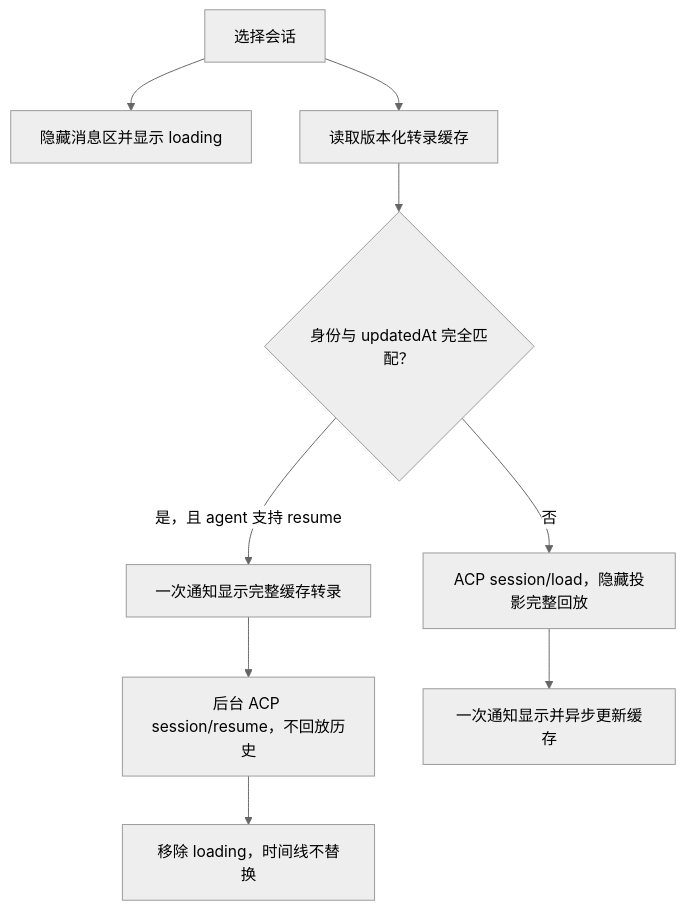
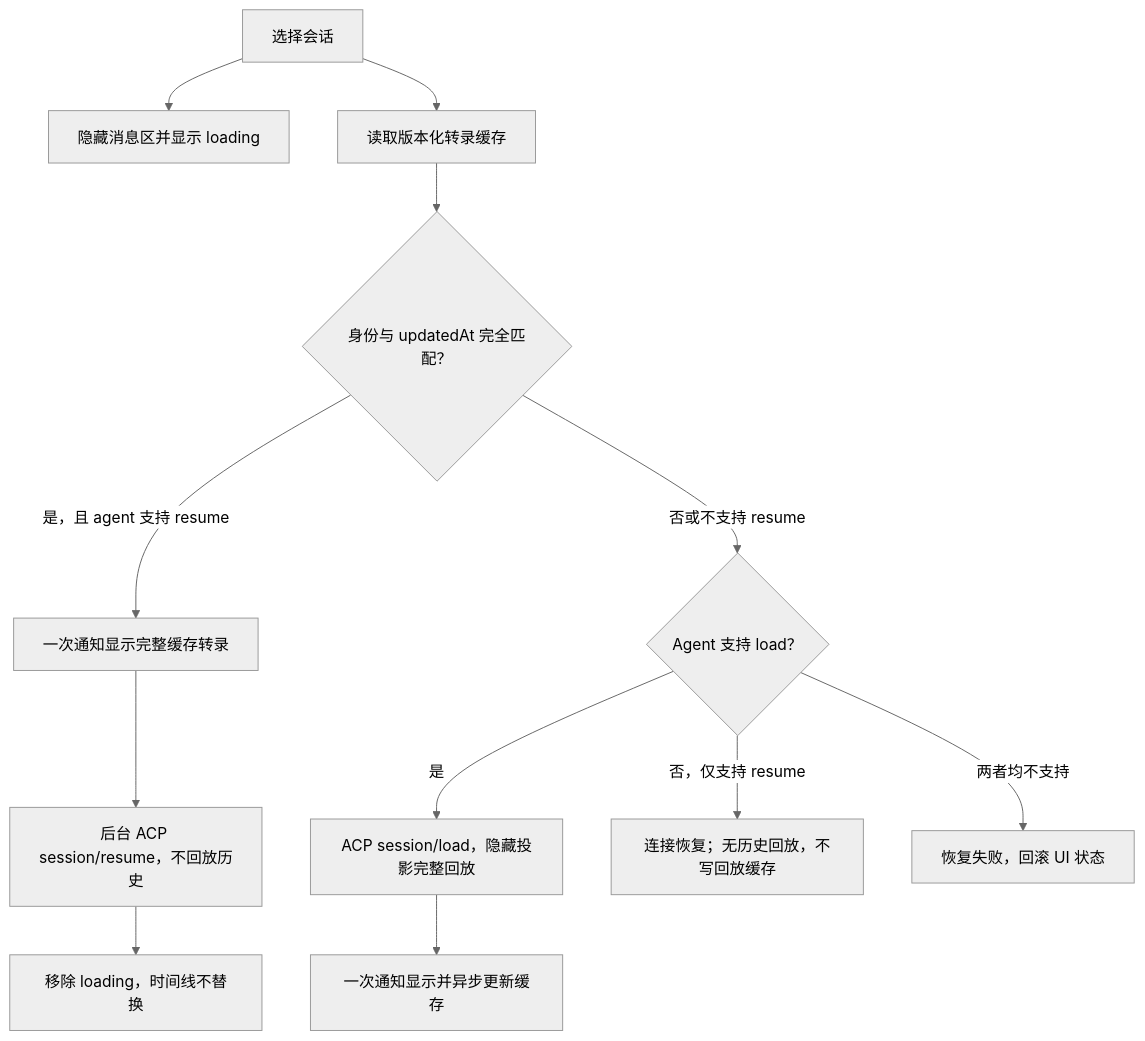
The diagram in docs/conversation_loading_architecture.md (robinfai/ianvs-acp), drawn with Mermaid (neutral theme) before and after one commit. The commit also changed other lines of this file and 32 other files, not shown here.

````diff
--- a/docs/conversation_loading_architecture.md
+++ b/docs/conversation_loading_architecture.md
@@ -112,11 +116,14 @@
 ```mermaid
 flowchart TD
     S["选择会话"] --> H["隐藏消息区并显示 loading"]
     S --> C["读取版本化转录缓存"]
     C --> M{"身份与 updatedAt 完全匹配？"}
     M -->|"是，且 agent 支持 resume"| R["一次通知显示完整缓存转录"]
     R --> SR["后台 ACP session/resume，不回放历史"]
     SR --> A["移除 loading，时间线不替换"]
-    M -->|"否"| L["ACP session/load，隐藏投影完整回放"]
+    M -->|"否或不支持 resume"| P{"Agent 支持 load？"}
+    P -->|"是"| L["ACP session/load，隐藏投影完整回放"]
     L --> W["一次通知显示并异步更新缓存"]
+    P -->|"否，仅支持 resume"| O["连接恢复；无历史回放，不写回放缓存"]
+    P -->|"两者均不支持"| E["恢复失败，回滚 UI 状态"]
 ```
````
